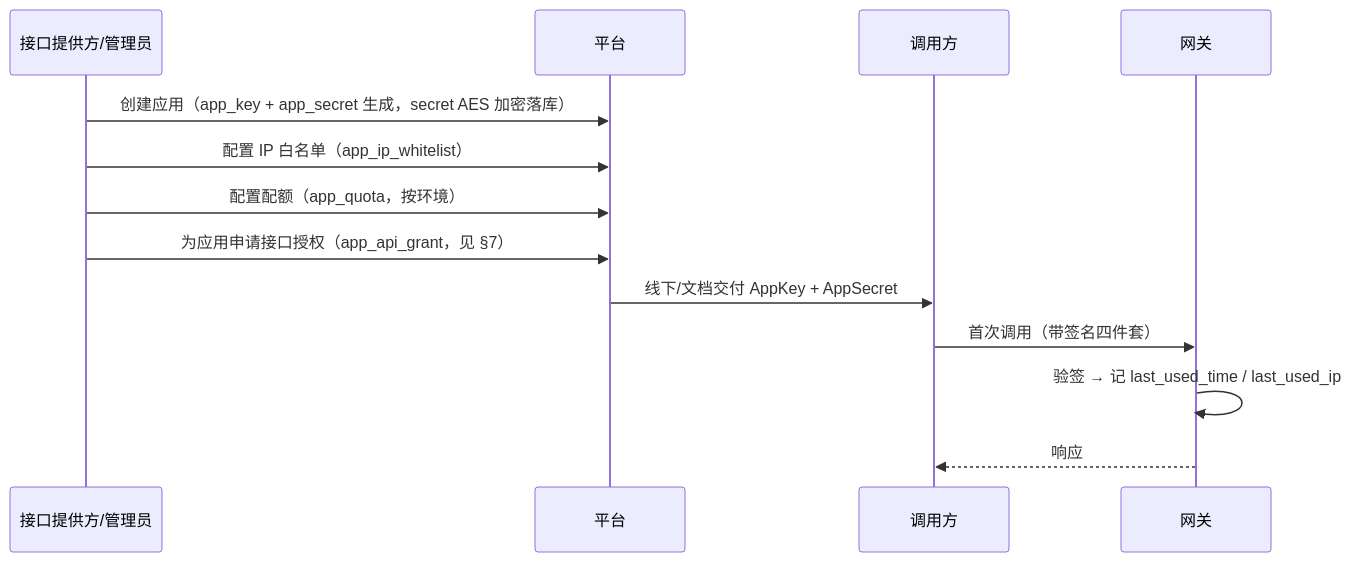
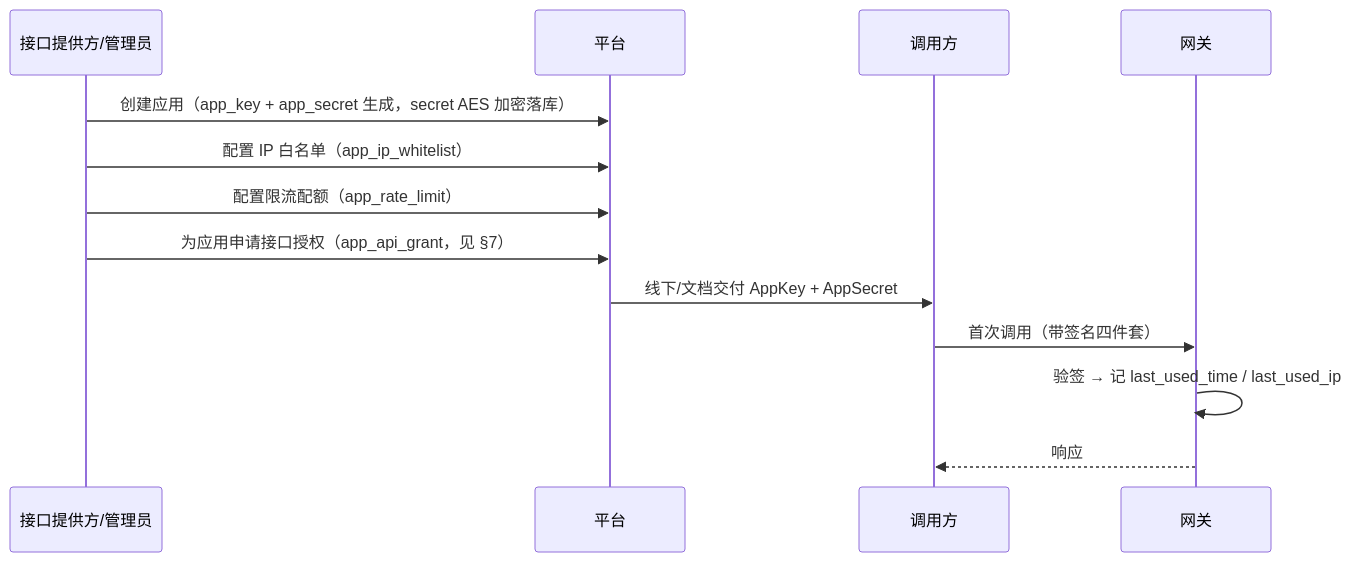
The fourth of 7 diagrams in docs/GateKeeper-业务与核心流程.md (Change-Only/GateKeeper), drawn with Mermaid before and after one commit. The commit also changed other lines of this file and 5 other files, not shown here.

````diff
--- a/docs/GateKeeper-业务与核心流程.md
+++ b/docs/GateKeeper-业务与核心流程.md
@@ -445,16 +448,16 @@
 ```mermaid
 sequenceDiagram
     participant P as 接口提供方/管理员
     participant PL as 平台
     participant D as 调用方
     participant GW as 网关
 
     P->>PL: 创建应用（app_key + app_secret 生成，secret AES 加密落库）
     P->>PL: 配置 IP 白名单（app_ip_whitelist）
-    P->>PL: 配置配额（app_quota，按环境）
+    P->>PL: 配置限流配额（app_rate_limit）
     P->>PL: 为应用申请接口授权（app_api_grant，见 §7）
     PL->>D: 线下/文档交付 AppKey + AppSecret
     D->>GW: 首次调用（带签名四件套）
     GW->>GW: 验签 → 记 last_used_time / last_used_ip
     GW-->>D: 响应
 ```
````
